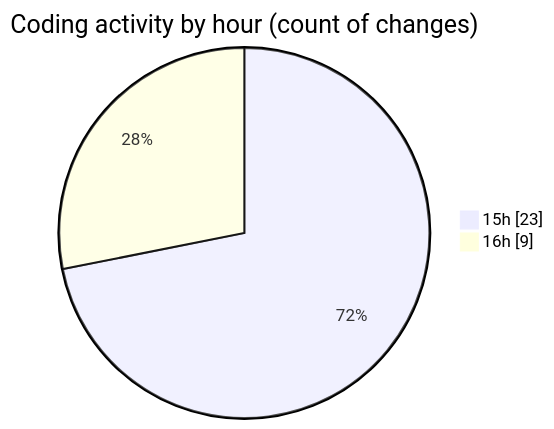
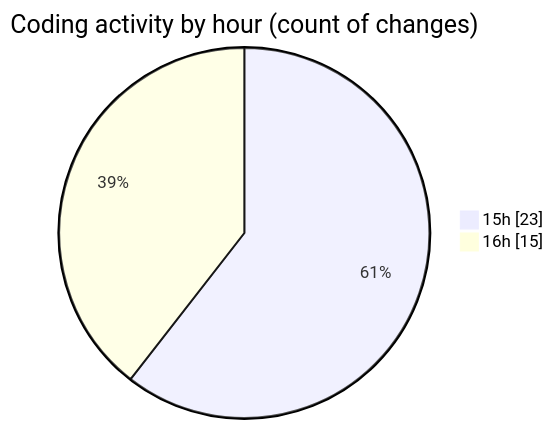
The second of 2 diagrams in 2025-04-01/back-end/README.md (Netris89/code-tracking), drawn with Mermaid before and after one commit. The commit also changed other lines of this file and 1 other file, not shown here.

````diff
--- a/2025-04-01/back-end/README.md
+++ b/2025-04-01/back-end/README.md
@@ -30,6 +30,6 @@
 ```mermaid
 pie showData
 title Coding activity by hour (count of changes)
 "15h" : 23
-"16h" : 9
+"16h" : 15
 ```
````
